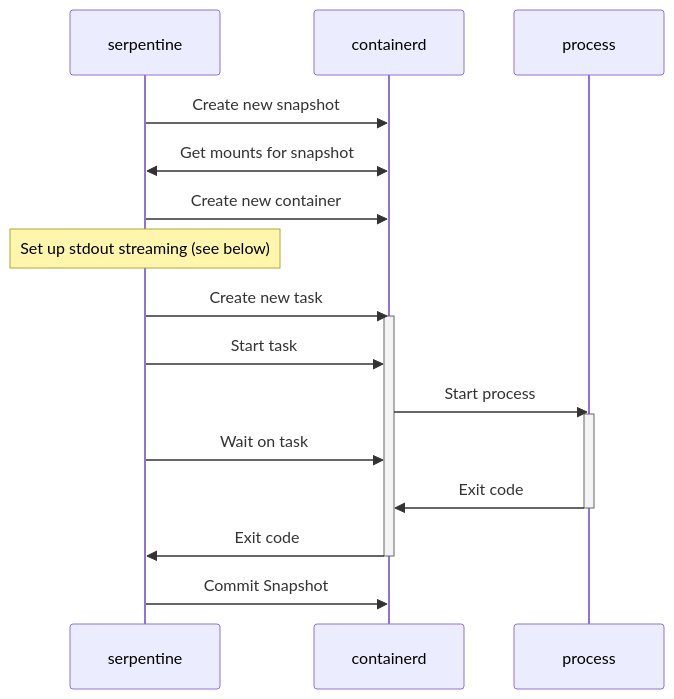
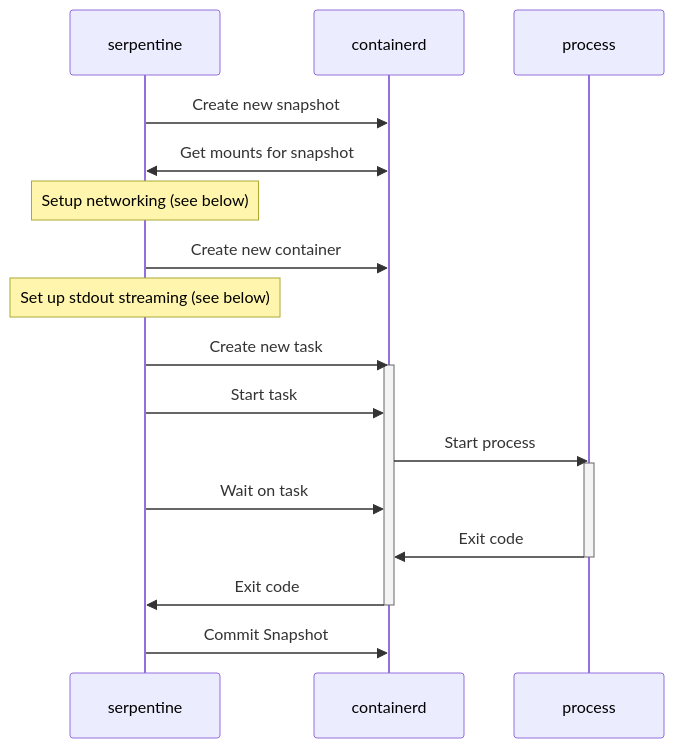
One commit to Serpent-Tools/serpentine changed the third of 5 diagrams in book/src/containerd.md. Above: the diagram before and after it, drawn with Mermaid. The commit also changed other lines of this file and 10 other files, not shown here.

````diff
--- a/book/src/containerd.md
+++ b/book/src/containerd.md
@@ -68,25 +68,26 @@
 ```mermaid
 sequenceDiagram
     participant serpentine
     participant containerd
     participant process
 
     serpentine ->> containerd : Create new snapshot
     serpentine <<->> containerd : Get mounts for snapshot
+    note over serpentine : Setup networking (see below)
     serpentine ->> containerd : Create new container
 
     note over serpentine : Set up stdout streaming (see below)
 
     serpentine ->> containerd : Create new task
     activate containerd
     serpentine ->> containerd : Start task
     containerd ->> process : Start process
     activate process
     serpentine ->> containerd : Wait on task
     process ->> containerd : Exit code
     deactivate process
     containerd ->> serpentine : Exit code
     deactivate containerd
 
     serpentine ->> containerd : Commit Snapshot
 ```
````
